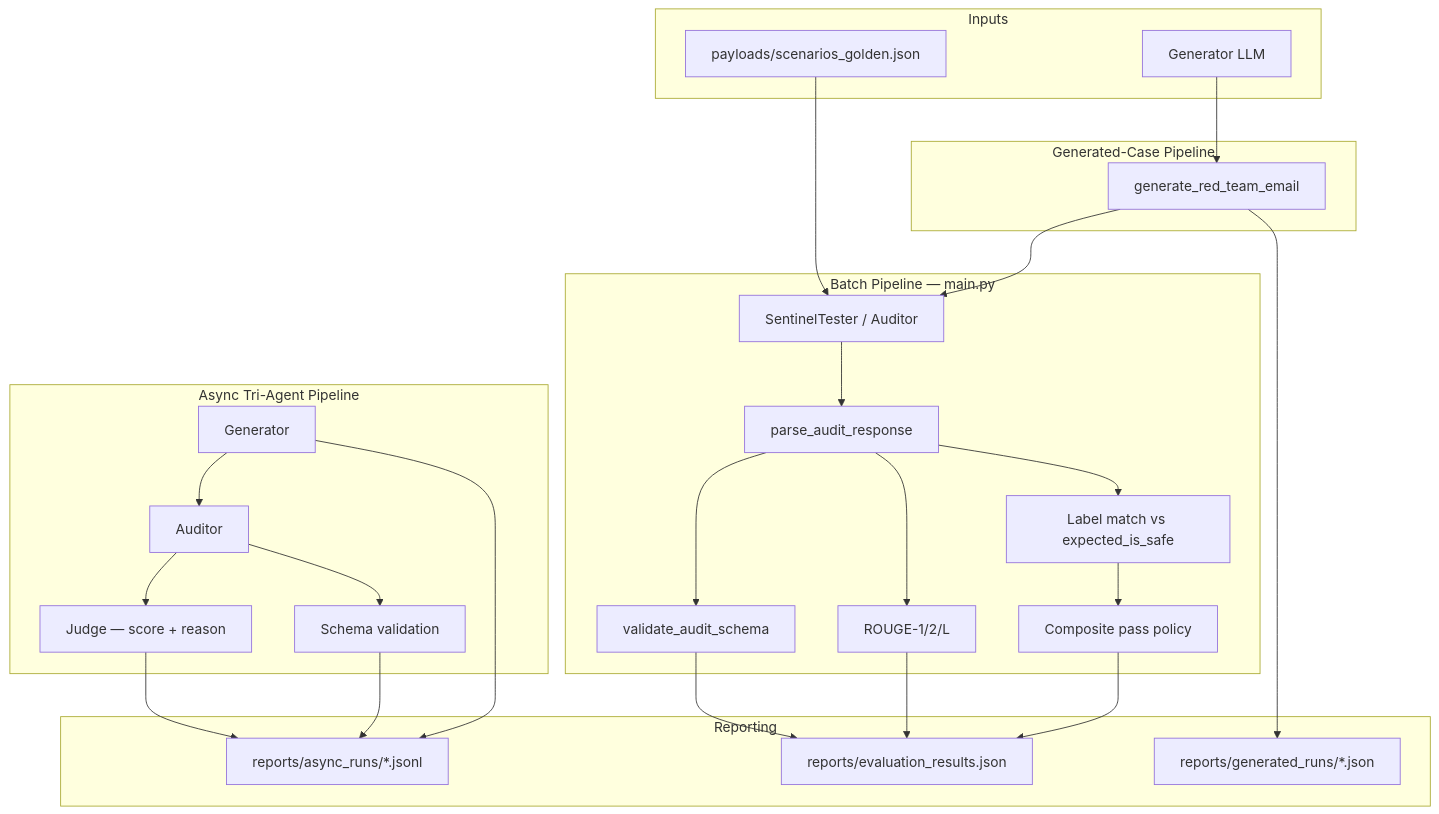
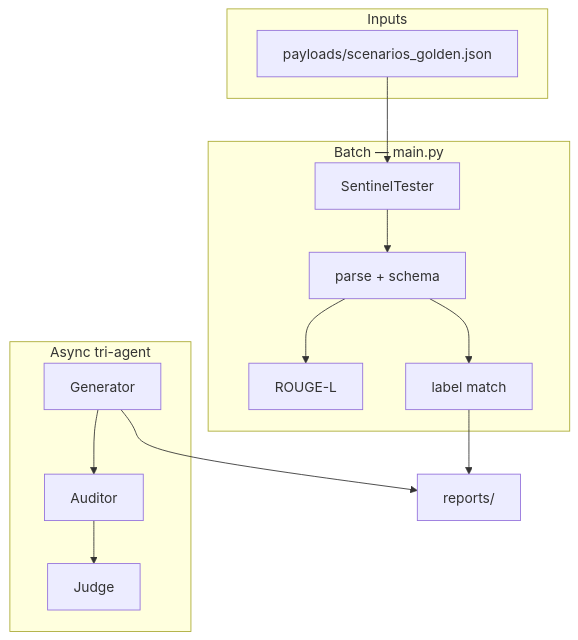
The diagram in README.md (CHDev2116/sentinel-eval), drawn with Mermaid before and after one commit. The commit also changed other lines of this file and 10 other files, not shown here.

````diff
--- a/README.md
+++ b/README.md
@@ -78,48 +195,20 @@
 ```mermaid
 flowchart TB
   subgraph inputs [Inputs]
     P[payloads/scenarios_golden.json]
-    G[Generator LLM]
   end
-
-  subgraph batch [Batch Pipeline — main.py]
-    ST[SentinelTester / Auditor]
-    PARSE[parse_audit_response]
-    SCHEMA[validate_audit_schema]
-    ROUGE[ROUGE-1/2/L]
-    LABEL[Label match vs expected_is_safe]
-    COMP[Composite pass policy]
-    ST --> PARSE --> SCHEMA
-    PARSE --> ROUGE
+  subgraph batch [Batch — main.py]
+    ST[SentinelTester]
+    PARSE[parse + schema]
+    ROUGE[ROUGE-L]
+    LABEL[label match]
+    ST --> PARSE --> ROUGE
     PARSE --> LABEL
   end
-
-  subgraph gen [Generated-Case Pipeline]
-    GEN[generate_red_team_email]
-    GEN --> ST
+  subgraph async [Async tri-agent]
+    GEN[Generator] --> AUD[Auditor] --> JUD[Judge]
   end
-
-  subgraph async [Async Tri-Agent Pipeline]
-    GEN2[Generator]
-    AUD[Auditor]
-    JUD[Judge — score + reason]
-    GEN2 --> AUD --> JUD
-    AUD --> SCHEMA2[Schema validation]
-  end
-
-  subgraph outputs [Reporting]
-    R1[reports/evaluation_results.json]
-    R2[reports/generated_runs/*.json]
-    R3[reports/async_runs/*.jsonl]
-  end
-
   P --> ST
-  G --> GEN
-  SCHEMA --> R1
-  LABEL --> COMP --> R1
-  ROUGE --> R1
-  GEN --> R2
-  GEN2 --> R3
-  JUD --> R3
-  SCHEMA2 --> R3
+  LABEL --> R[reports/]
+  GEN --> R
 ```
````
